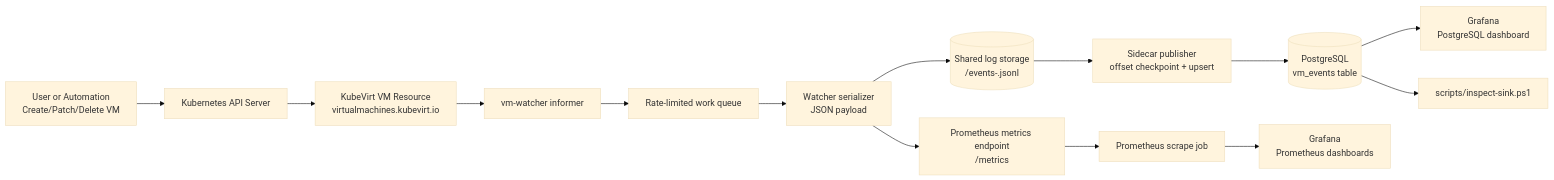
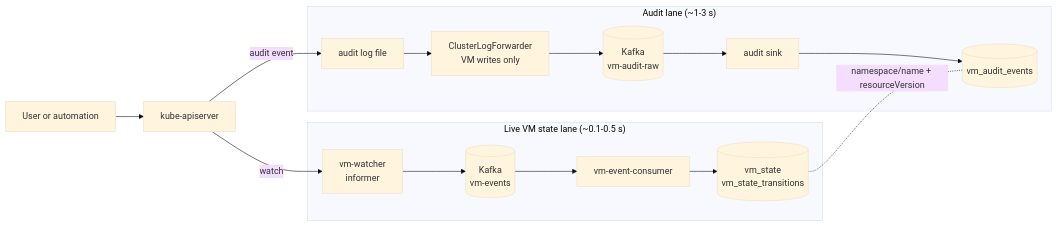
One commit to ptoluganti/vm-watcher changed the diagram in README.md. Above: the diagram before and after it, drawn with Mermaid (base theme). The commit also changed other lines of this file and 17 other files, not shown here.

````diff
--- a/README.md
+++ b/README.md
@@ -240,19 +52,21 @@
 ```mermaid
 flowchart LR
-  A[User or Automation\nCreate/Patch/Delete VM] --> B[Kubernetes API Server]
-  B --> C[KubeVirt VM Resource\nvirtualmachines.kubevirt.io]
-  C --> D[vm-watcher informer]
-  D --> E[Rate-limited work queue]
-  E --> F[Watcher serializer\nJSON payload]
+  U[User or automation] --> API[kube-apiserver]
 
-  F --> FS[(Shared log storage\n/events-<pod>.jsonl)]
-  FS --> SC[Sidecar publisher\noffset checkpoint + upsert]
-  SC --> G[(PostgreSQL\nvm_events table)]
-  F --> H[Prometheus metrics endpoint\n/metrics]
+  subgraph live ["Live VM state lane (~0.1-0.5 s)"]
+    W[vm-watcher<br/>informer] --> K1[(Kafka<br/>vm-events)]
+    K1 --> C[vm-event-consumer]
+    C --> S[(vm_state<br/>vm_state_transitions)]
+  end
 
-  H --> I[Prometheus scrape job]
-  I --> J[Grafana\nPrometheus dashboards]
-  G --> K[Grafana\nPostgreSQL dashboard]
+  subgraph audit ["Audit lane (~1-3 s)"]
+    L[audit log file] --> F[ClusterLogForwarder<br/>VM writes only]
+    F --> K2[(Kafka<br/>vm-audit-raw)]
+    K2 --> A[audit sink]
+    A --> E[(vm_audit_events)]
+  end
 
-  G --> L[scripts/inspect-sink.ps1]
+  API -- watch --> W
+  API -- audit event --> L
+  S -.-|namespace/name + resourceVersion| E
 ```
````
